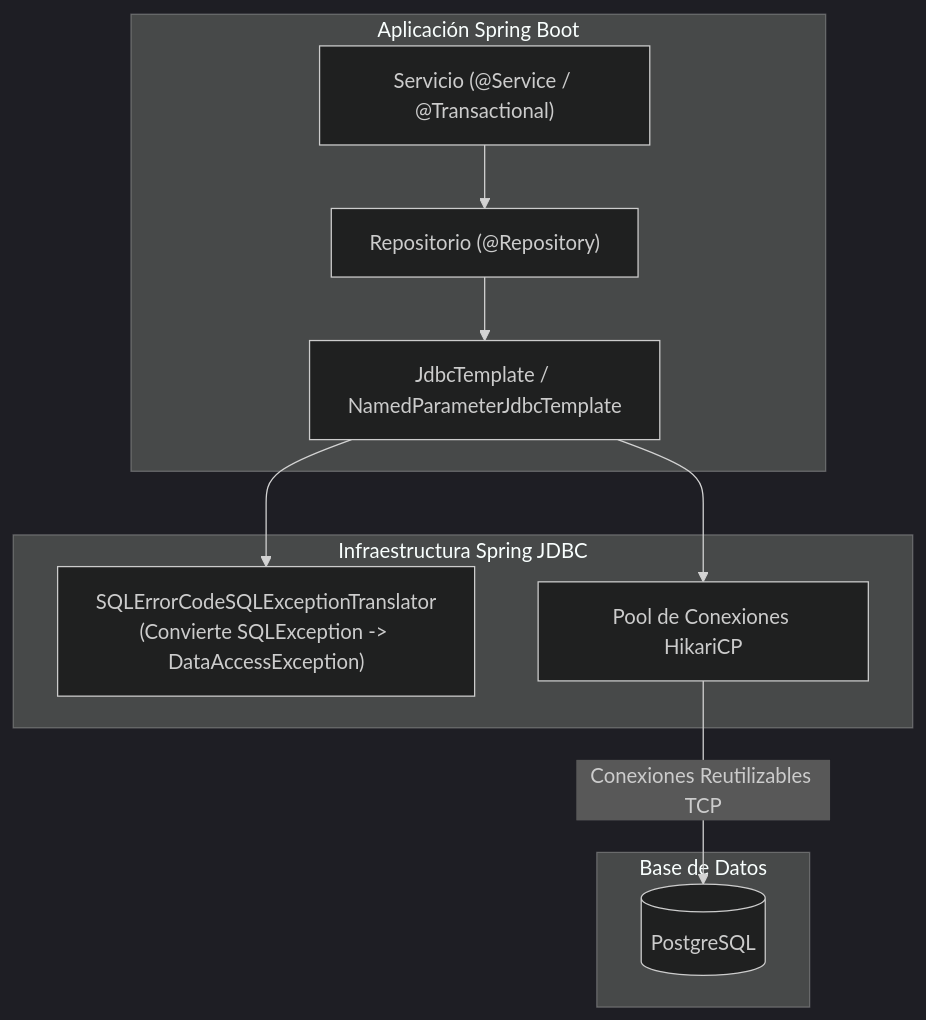
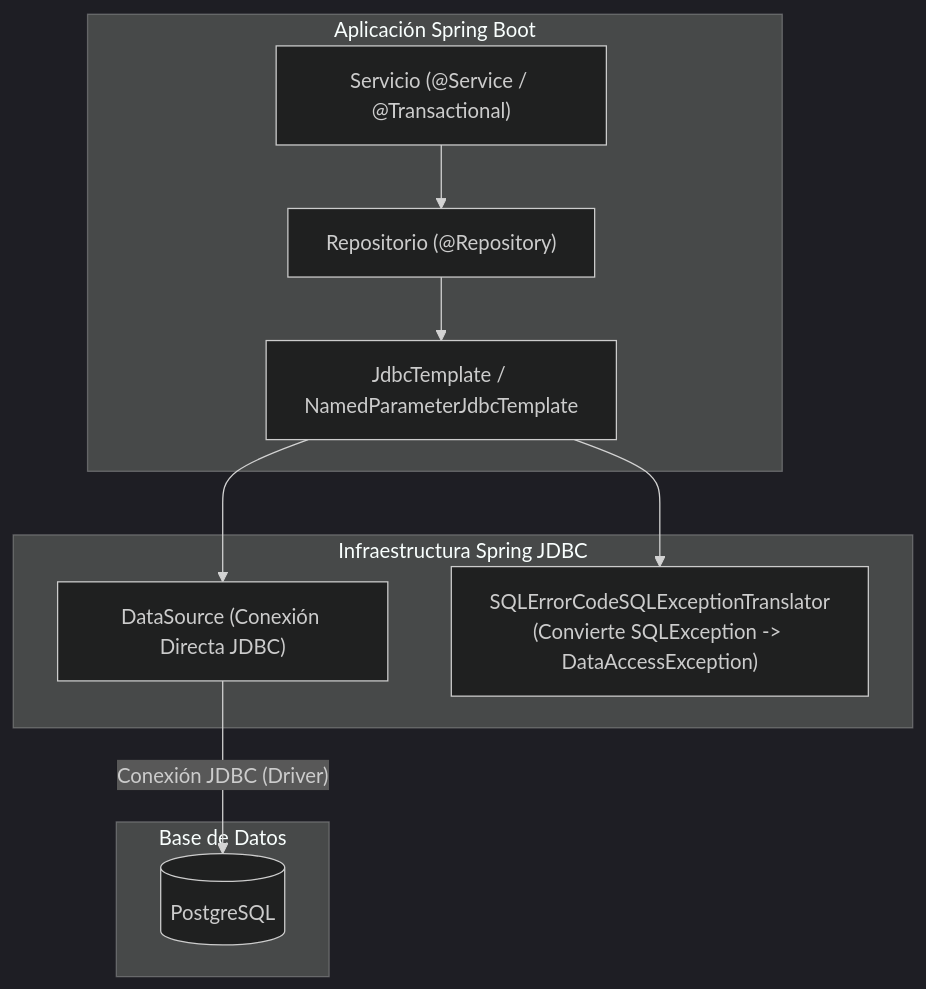
One commit to fencgut961/AAD_26_27 changed the seventh of 8 diagrams in RA2/ra2_manejor_conectores.md. Above: the diagram before and after it, drawn with Mermaid (dark theme). The commit also changed other lines of this file, not shown here.

````diff
--- a/RA2/ra2_manejor_conectores.md
+++ b/RA2/ra2_manejor_conectores.md
@@ -778,23 +753,23 @@
 ```mermaid
 graph TD
     subgraph SpringApp["Aplicación Spring Boot"]
         Service["Servicio (@Service / @Transactional)"]
         Repo["Repositorio (@Repository)"]
         Template["JdbcTemplate / NamedParameterJdbcTemplate"]
     end
 
     subgraph SpringInfra["Infraestructura Spring JDBC"]
+        DS["DataSource (Conexión Directa JDBC)"]
         Translator["SQLErrorCodeSQLExceptionTranslator\n(Convierte SQLException -> DataAccessException)"]
-        Hikari["Pool de Conexiones HikariCP"]
     end
 
     subgraph BD["Base de Datos"]
         Postgres[("PostgreSQL")]
     end
 
     Service --> Repo
     Repo --> Template
     Template --> Translator
-    Template --> Hikari
-    Hikari -->|"Conexiones Reutilizables TCP"| Postgres
+    Template --> DS
+    DS -->|"Conexión JDBC (Driver)"| Postgres
 ```
````
